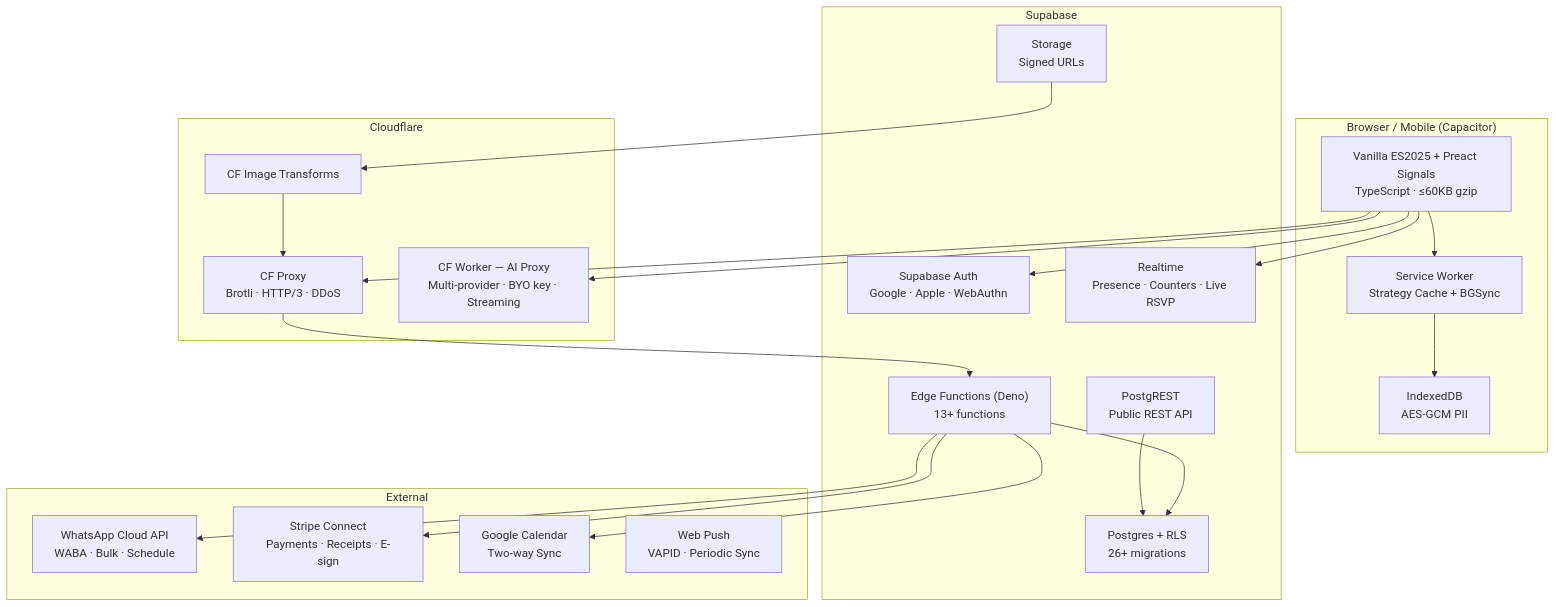
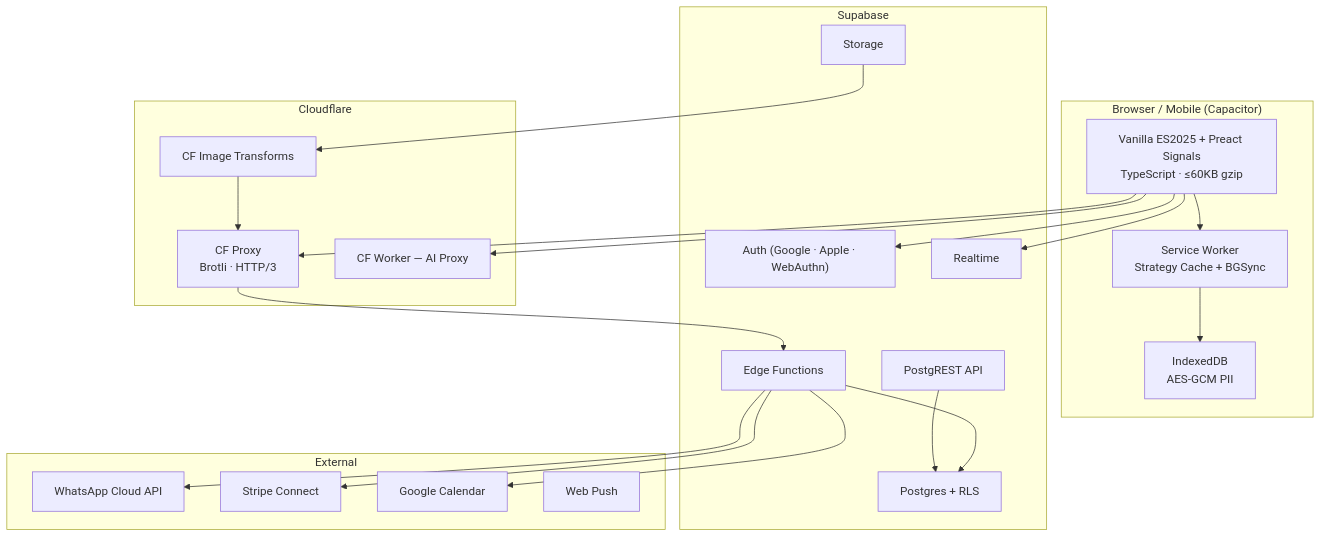
Before and after one commit to RajwanYair/Wedding: the diagram in ROADMAP.md, drawn with Mermaid. The commit also changed other lines of this file and 16 other files, not shown here.

````diff
--- a/ROADMAP.md
+++ b/ROADMAP.md
@@ -658,42 +502,42 @@
 ```mermaid
 graph TD
     subgraph Client ["Browser / Mobile (Capacitor)"]
         UI["Vanilla ES2025 + Preact Signals<br/>TypeScript · ≤60KB gzip"]
         SW["Service Worker<br/>Strategy Cache + BGSync"]
         IDB["IndexedDB<br/>AES-GCM PII"]
     end
 
     subgraph Edge ["Cloudflare"]
-        CF_PROXY["CF Proxy<br/>Brotli · HTTP/3 · DDoS"]
-        AI_WORKER["CF Worker — AI Proxy<br/>Multi-provider · BYO key · Streaming"]
+        CF_PROXY["CF Proxy<br/>Brotli · HTTP/3"]
+        AI_WORKER["CF Worker — AI Proxy"]
         IMG["CF Image Transforms"]
     end
 
     subgraph Backend ["Supabase"]
-        PG["Postgres + RLS<br/>26+ migrations"]
-        AUTH["Supabase Auth<br/>Google · Apple · WebAuthn"]
-        RT["Realtime<br/>Presence · Counters · Live RSVP"]
-        STORAGE["Storage<br/>Signed URLs"]
-        EDGE_FN["Edge Functions (Deno)<br/>13+ functions"]
-        API["PostgREST<br/>Public REST API"]
+        PG["Postgres + RLS"]
+        AUTH["Auth (Google · Apple · WebAuthn)"]
+        RT["Realtime"]
+        STORAGE["Storage"]
+        EDGE_FN["Edge Functions"]
+        API["PostgREST API"]
     end
 
     subgraph Integrations ["External"]
-        WA["WhatsApp Cloud API<br/>WABA · Bulk · Schedule"]
-        STRIPE["Stripe Connect<br/>Payments · Receipts · E-sign"]
-        GCAL["Google Calendar<br/>Two-way Sync"]
-        PUSH["Web Push<br/>VAPID · Periodic Sync"]
+        WA["WhatsApp Cloud API"]
+        STRIPE["Stripe Connect"]
+        GCAL["Google Calendar"]
+        PUSH["Web Push"]
     end
 
     UI --> CF_PROXY --> EDGE_FN
     UI --> AI_WORKER
     UI --> SW --> IDB
     EDGE_FN --> PG
     EDGE_FN --> WA
     EDGE_FN --> STRIPE
     EDGE_FN --> GCAL
     UI --> RT
     UI --> AUTH
     STORAGE --> IMG --> CF_PROXY
     API --> PG
 ```
````
